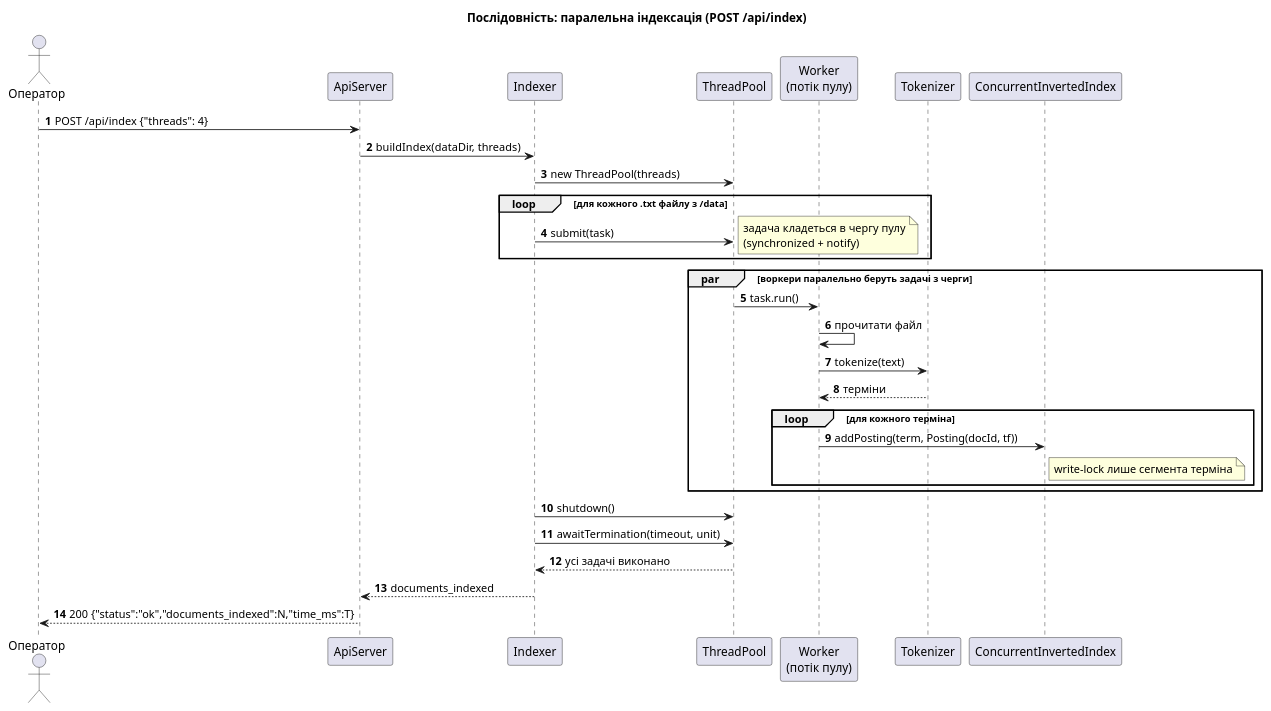
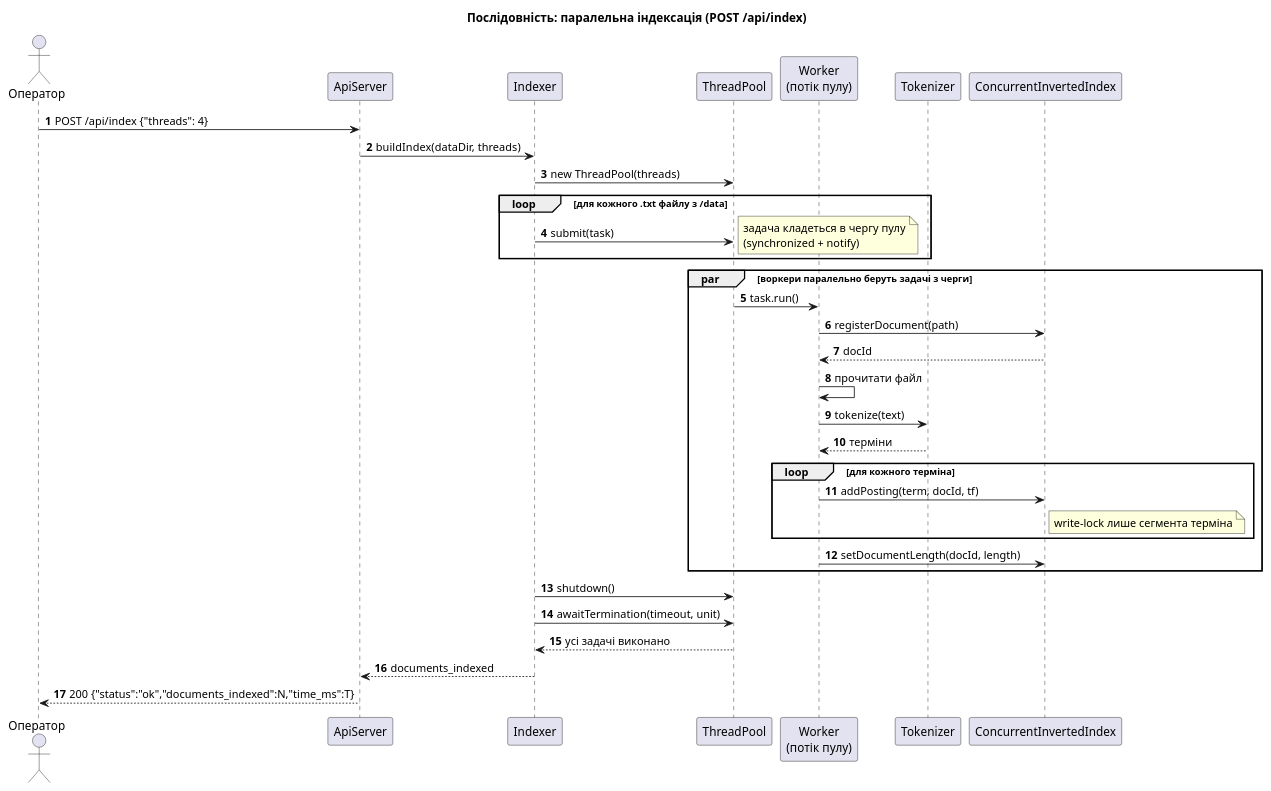
Before and after one commit to V-LP/Parallel-Computing-CW: the diagram in docs/uml/sequence-index.puml, drawn with PlantUML. The commit also changed 1 other file, not shown here.

Commit message:
docs(uml): describe index segments, entries and document registry

```diff
--- a/docs/uml/sequence-index.puml
+++ b/docs/uml/sequence-index.puml
@@ -1,41 +1,44 @@
 @startuml sequence-index
 title Послідовність: паралельна індексація (POST /api/index)
 
 skinparam shadowing false
 autonumber
 
 actor "Оператор" as Operator
 participant ApiServer
 participant Indexer
 participant ThreadPool
 participant "Worker\n(потік пулу)" as Worker
 participant Tokenizer
 participant ConcurrentInvertedIndex as Index
 
 Operator -> ApiServer : POST /api/index {"threads": 4}
 ApiServer -> Indexer : buildIndex(dataDir, threads)
 Indexer -> ThreadPool : new ThreadPool(threads)
 
 loop для кожного .txt файлу з /data
   Indexer -> ThreadPool : submit(task)
   note right : задача кладеться в чергу пулу\n(synchronized + notify)
 end
 
 par воркери паралельно беруть задачі з черги
   ThreadPool -> Worker : task.run()
+  Worker -> Index : registerDocument(path)
+  Index --> Worker : docId
   Worker -> Worker : прочитати файл
   Worker -> Tokenizer : tokenize(text)
   Tokenizer --> Worker : терміни
   loop для кожного терміна
-    Worker -> Index : addPosting(term, Posting(docId, tf))
+    Worker -> Index : addPosting(term, docId, tf)
     note right of Index : write-lock лише сегмента терміна
   end
+  Worker -> Index : setDocumentLength(docId, length)
 end
 
 Indexer -> ThreadPool : shutdown()
 Indexer -> ThreadPool : awaitTermination(timeout, unit)
 ThreadPool --> Indexer : усі задачі виконано
 Indexer --> ApiServer : documents_indexed
 ApiServer --> Operator : 200 {"status":"ok","documents_indexed":N,"time_ms":T}
 
 @enduml
```
